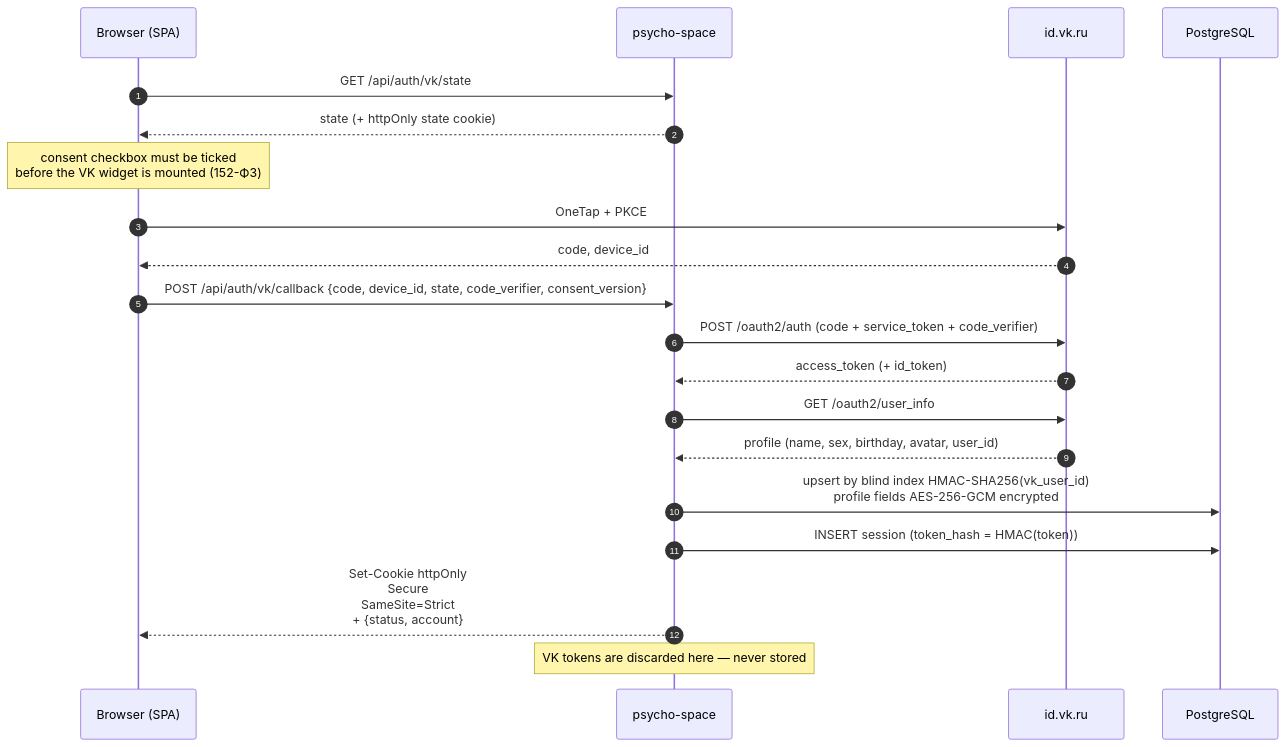
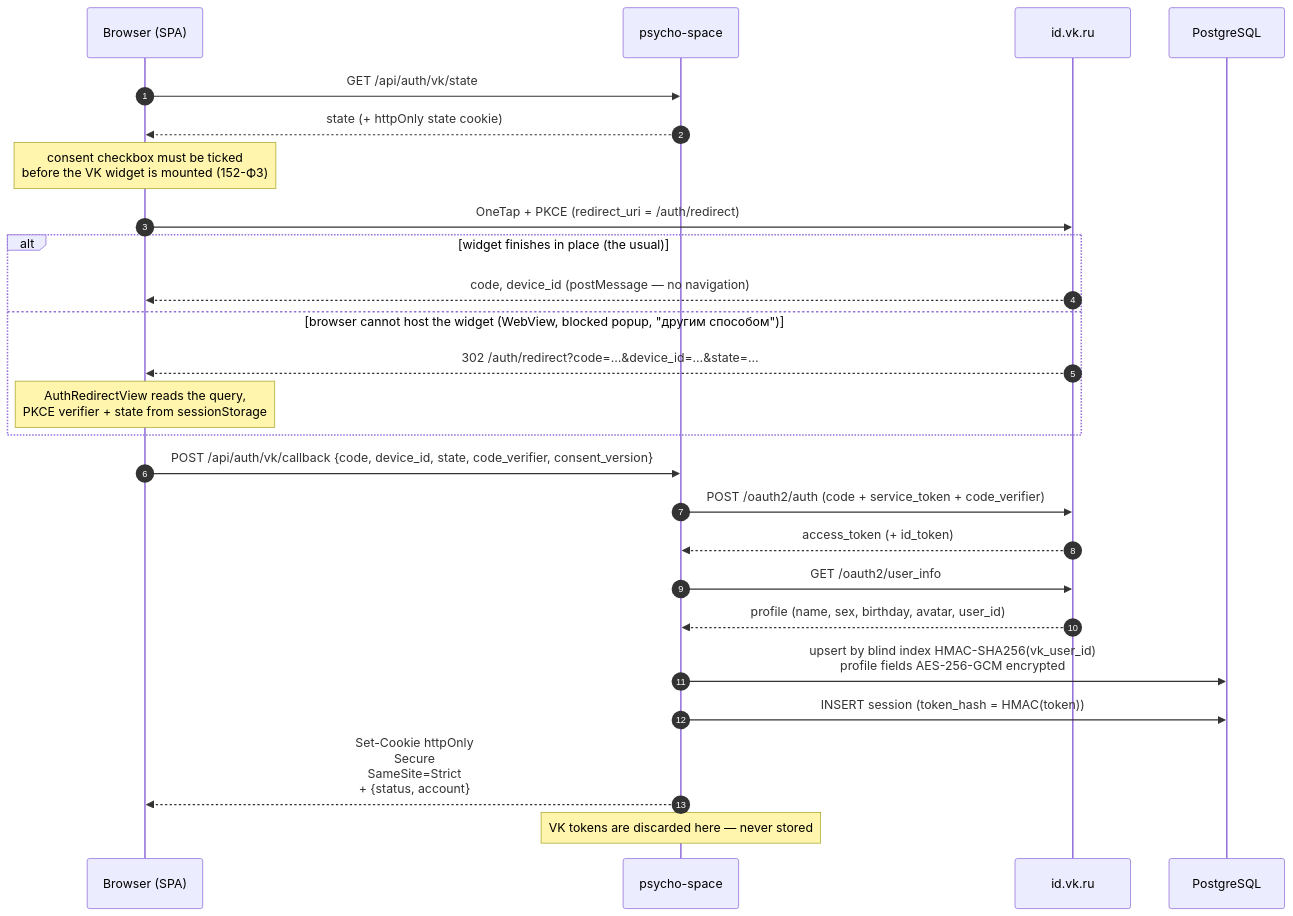
The second of 11 diagrams in docs/ARCHITECTURE.md (SergeyZSpb/psycho-space), drawn with Mermaid before and after one commit. The commit also changed other lines of this file and 11 other files, not shown here.

````diff
--- a/docs/ARCHITECTURE.md
+++ b/docs/ARCHITECTURE.md
@@ -65,23 +67,28 @@
 ```mermaid
 sequenceDiagram
     autonumber
     participant B as Browser (SPA)
     participant A as psycho-space
     participant V as id.vk.ru
     participant P as PostgreSQL
 
     B->>A: GET /api/auth/vk/state
     A-->>B: state (+ httpOnly state cookie)
     Note over B: consent checkbox must be ticked<br/>before the VK widget is mounted (152-ФЗ)
-    B->>V: OneTap + PKCE
-    V-->>B: code, device_id
+    B->>V: OneTap + PKCE (redirect_uri = /auth/redirect)
+    alt widget finishes in place (the usual)
+        V-->>B: code, device_id (postMessage — no navigation)
+    else browser cannot host the widget (WebView, blocked popup, "другим способом")
+        V-->>B: 302 /auth/redirect?code=…&device_id=…&state=…
+        Note over B: AuthRedirectView reads the query,<br/>PKCE verifier + state from sessionStorage
+    end
     B->>A: POST /api/auth/vk/callback {code, device_id, state, code_verifier, consent_version}
     A->>V: POST /oauth2/auth (code + service_token + code_verifier)
     V-->>A: access_token (+ id_token)
     A->>V: GET /oauth2/user_info
     V-->>A: profile (name, sex, birthday, avatar, user_id)
     A->>P: upsert by blind index HMAC-SHA256(vk_user_id)<br/>profile fields AES-256-GCM encrypted
     A->>P: INSERT session (token_hash = HMAC(token))
     A-->>B: Set-Cookie httpOnly<br/>Secure<br/>SameSite=Strict<br/>+ {status, account}
     Note over A: VK tokens are discarded here — never stored
 ```
````
